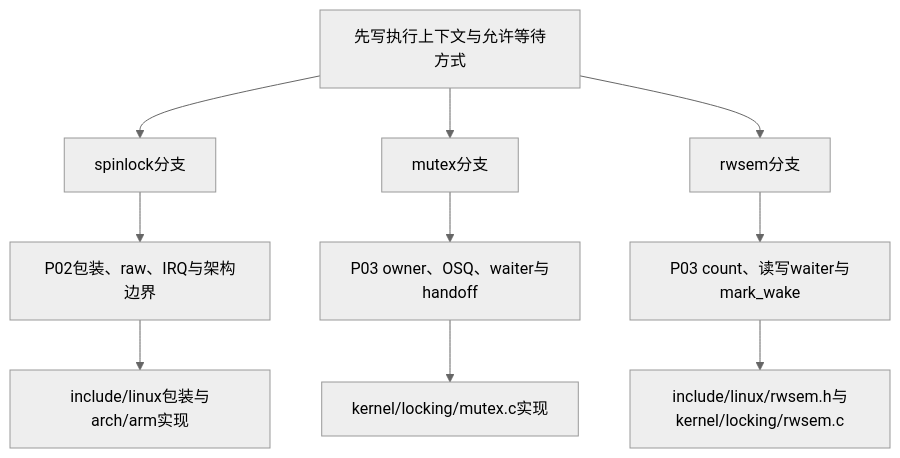
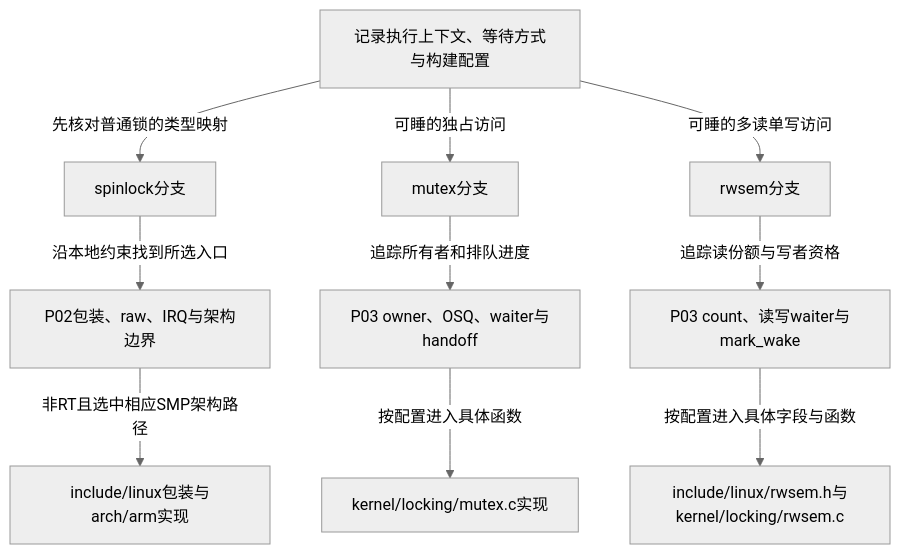
Before and after one commit to FormingSystem/linux_note: the diagram in research/source_reading/locking/navigation/P01_Linux_6.12_锁源码总阅读索引.md, drawn with Mermaid (neutral theme). The commit also changed other lines of this file and 1 other file, not shown here.

Commit message:
content(locking/navigation): 串起锁契约与版本实现的阅读问题
- 阅读地图按使用契约、统一周期、架构自旋和可睡交接推进，补执行路径先修。

- 源码索引先区分配置与状态职责，明确等待链头和任务栈节点；两图及全仓链接验证通过。

````diff
--- a/research/source_reading/locking/navigation/P01_Linux_6.12_锁源码总阅读索引.md
+++ b/research/source_reading/locking/navigation/P01_Linux_6.12_锁源码总阅读索引.md
@@ -35,12 +37,12 @@
 ```mermaid
 flowchart TD
-    A["先写执行上下文与允许等待方式"] --> S["spinlock分支"]
-    A --> M["mutex分支"]
-    A --> R["rwsem分支"]
-    S --> S1["P02包装、raw、IRQ与架构边界"]
-    M --> M1["P03 owner、OSQ、waiter与handoff"]
-    R --> R1["P03 count、读写waiter与mark_wake"]
-    S1 --> I1["include/linux包装与arch/arm实现"]
-    M1 --> I2["kernel/locking/mutex.c实现"]
-    R1 --> I3["include/linux/rwsem.h与kernel/locking/rwsem.c"]
+    A["记录执行上下文、等待方式与构建配置"] -->|先核对普通锁的类型映射| S["spinlock分支"]
+    A -->|可睡的独占访问| M["mutex分支"]
+    A -->|可睡的多读单写访问| R["rwsem分支"]
+    S -->|沿本地约束找到所选入口| S1["P02包装、raw、IRQ与架构边界"]
+    M -->|追踪所有者和排队进度| M1["P03 owner、OSQ、waiter与handoff"]
+    R -->|追踪读份额与写者资格| R1["P03 count、读写waiter与mark_wake"]
+    S1 -->|非RT且选中相应SMP架构路径| I1["include/linux包装与arch/arm实现"]
+    M1 -->|按配置进入具体函数| I2["kernel/locking/mutex.c实现"]
+    R1 -->|按配置进入具体字段与函数| I3["include/linux/rwsem.h与kernel/locking/rwsem.c"]
 ```
````
